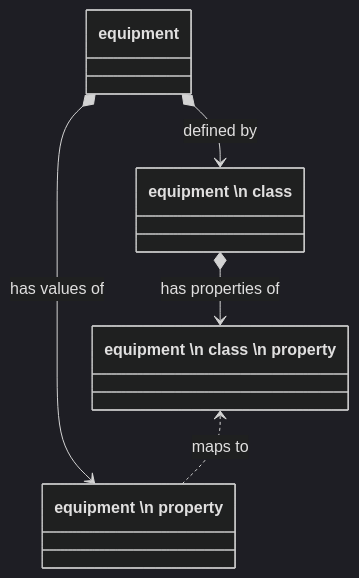
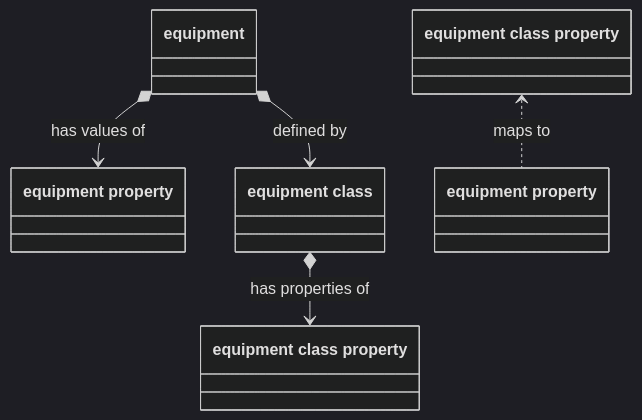
One commit to libremfg/rhize-docs changed the eighth of 9 diagrams in content/isa-95/resources/equipment.md. Above: the diagram before and after it, drawn with Mermaid (dark theme).

Commit message:
[Fix] broken mermaid

````diff
--- a/content/isa-95/resources/equipment.md
+++ b/content/isa-95/resources/equipment.md
@@ -288,8 +288,8 @@
 ```mermaid
 classDiagram
 
-equipment *--> `equipment \n property` :has values of
-equipment *--> `equipment \n class` :defined by
-`equipment \n class` *--> `equipment \n class \n property` :has properties of
-`equipment \n class \n property` <.. `equipment \n property` :maps to 
+equipment *--> `equipment  property` :has values of
+equipment *--> `equipment  class` :defined by
+`equipment  class` *--> `equipment  class  property` :has properties of
+`equipment class  property` <.. `equipment property` :maps to 
 ```
````
